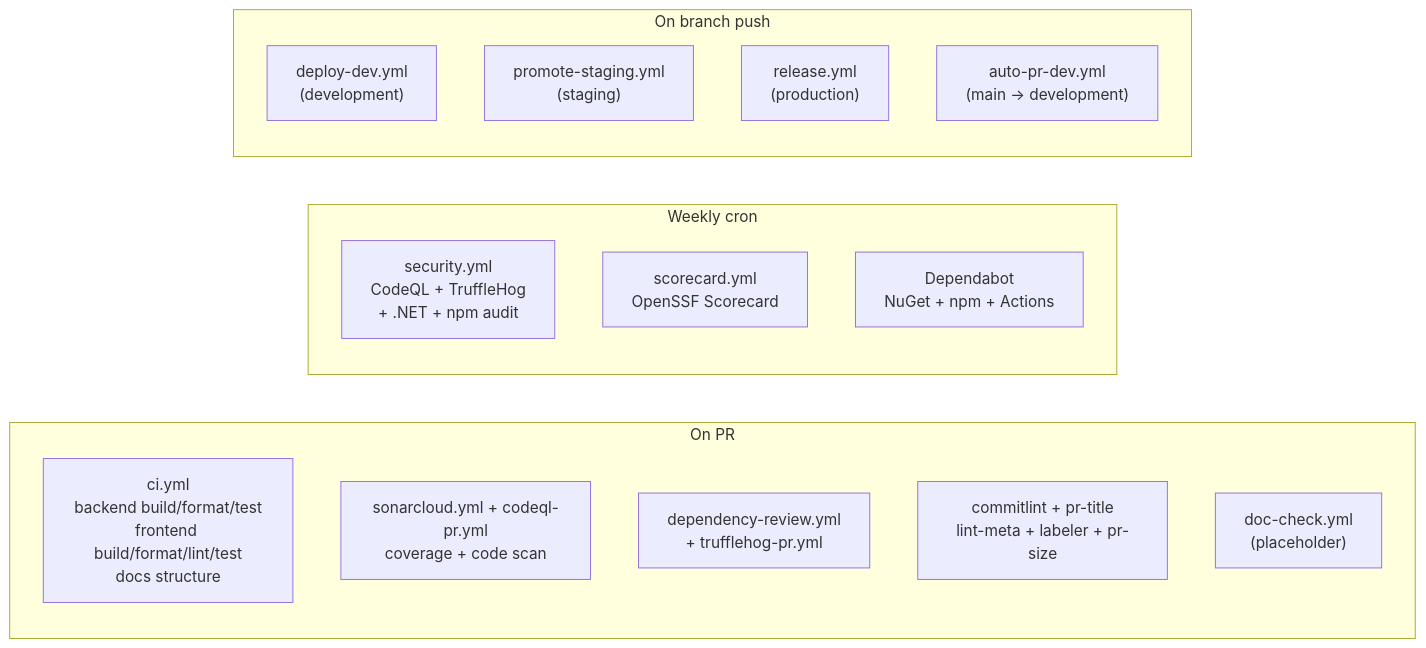
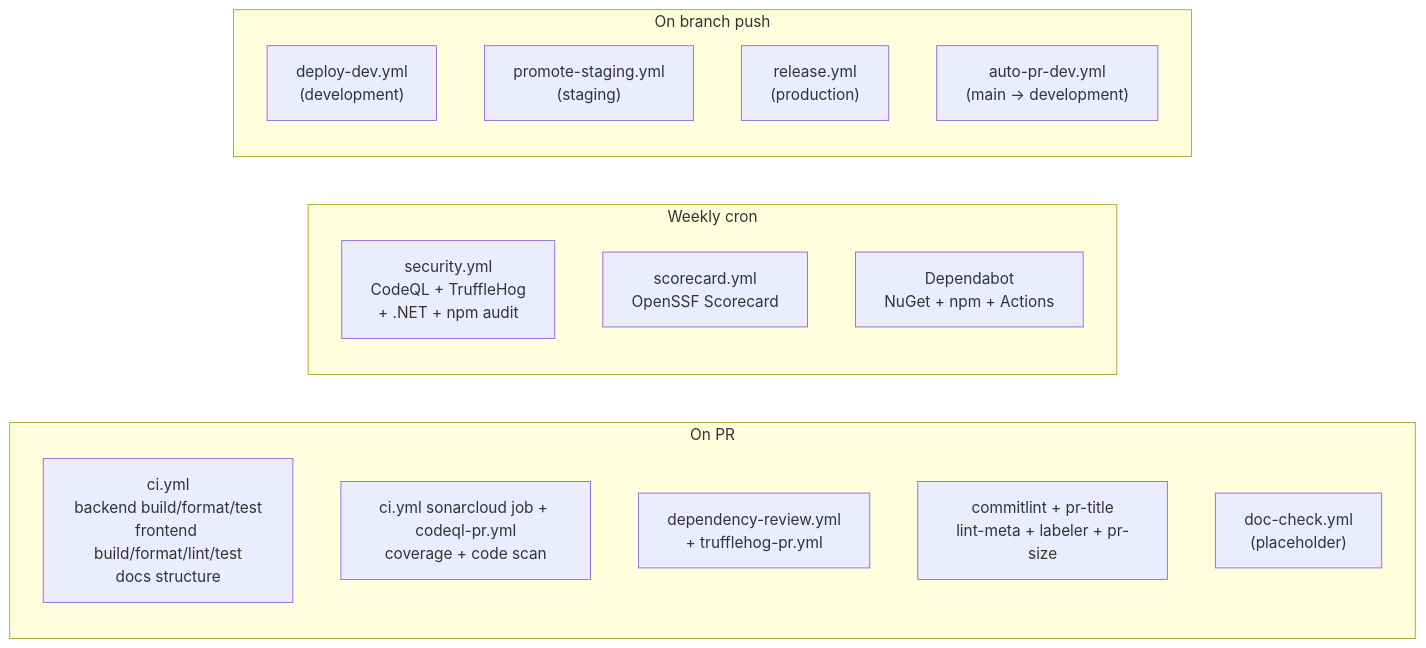
One commit to gesco-healthcare-support/hcs-patient-portal changed the second of 2 diagrams in README.md. Above: the diagram before and after it, drawn with Mermaid. The commit also changed other lines of this file and 10 other files, not shown here.

````diff
--- a/README.md
+++ b/README.md
@@ -420,23 +420,23 @@
 ```mermaid
 flowchart LR
     subgraph PR["On PR"]
         CI["ci.yml<br/>backend build/format/test<br/>frontend build/format/lint/test<br/>docs structure"]
-        QUAL["sonarcloud.yml + codeql-pr.yml<br/>coverage + code scan"]
+        QUAL["ci.yml sonarcloud job + codeql-pr.yml<br/>coverage + code scan"]
         DEP["dependency-review.yml<br/>+ trufflehog-pr.yml"]
         META["commitlint + pr-title<br/>lint-meta + labeler + pr-size"]
         DOC["doc-check.yml<br/>(placeholder)"]
     end
 
     subgraph Cron["Weekly cron"]
         SEC["security.yml<br/>CodeQL + TruffleHog<br/>+ .NET + npm audit"]
         SCORE["scorecard.yml<br/>OpenSSF Scorecard"]
         DB["Dependabot<br/>NuGet + npm + Actions"]
     end
 
     subgraph Promotion["On branch push"]
         DEV["deploy-dev.yml<br/>(development)"]
         STG["promote-staging.yml<br/>(staging)"]
         REL["release.yml<br/>(production)"]
         APR["auto-pr-dev.yml<br/>(main -> development)"]
     end
 ```
````
